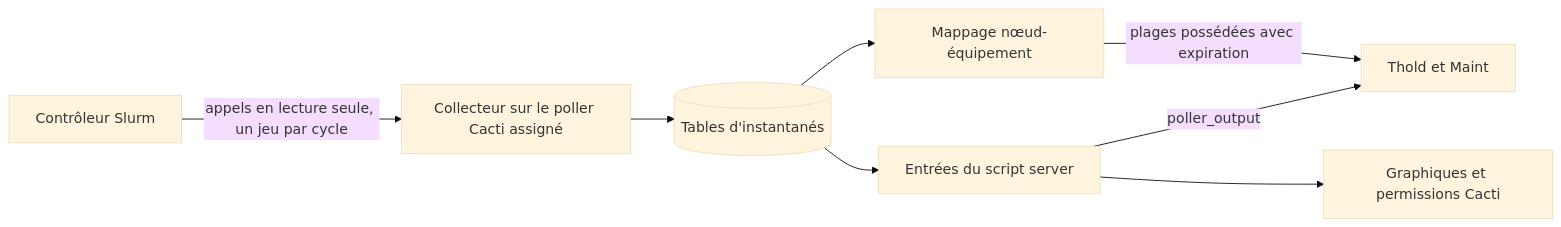
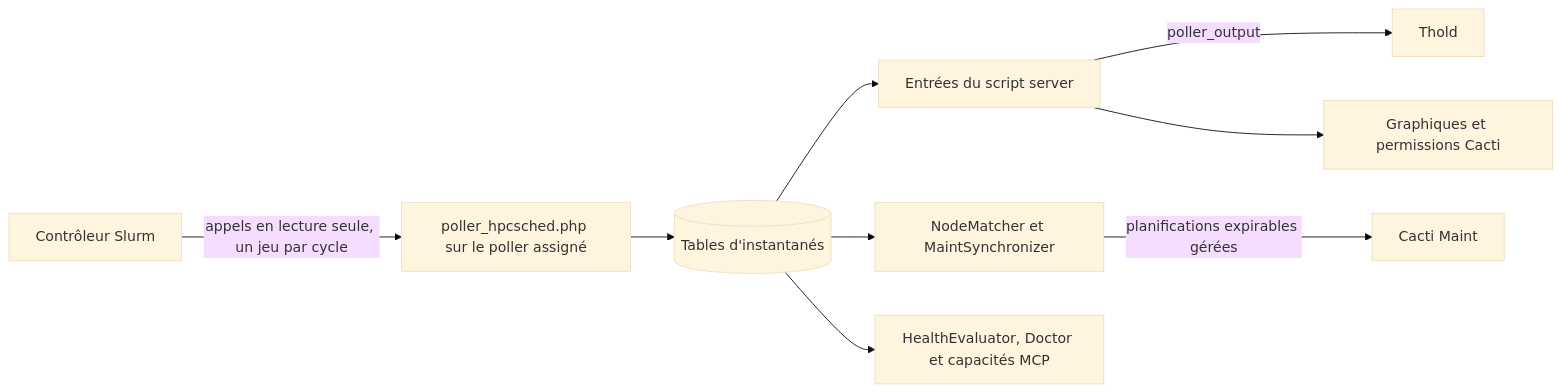
The diagram in docs/i18n/fr-FR/README.md (somethingwithproof/plugin_hpcsched), drawn with Mermaid (base theme) before and after one commit. The commit also changed other lines of this file and 48 other files, not shown here.

````diff
--- a/docs/i18n/fr-FR/README.md
+++ b/docs/i18n/fr-FR/README.md
@@ -109,10 +163,11 @@
 ```mermaid
 flowchart LR
-    S[Contrôleur Slurm] -->|appels en lecture seule, un jeu par cycle| R[Collecteur sur le poller Cacti assigné]
+    S[Contrôleur Slurm] -->|appels en lecture seule, un jeu par cycle| R[poller_hpcsched.php sur le poller assigné]
     R --> SNAP[(Tables d'instantanés)]
     SNAP --> SS[Entrées du script server]
-    SS -->|poller_output| T[Thold et Maint]
+    SS -->|poller_output| T[Thold]
     SS --> G[Graphiques et permissions Cacti]
-    SNAP --> MAP[Mappage nœud-équipement]
-    MAP -->|plages possédées avec expiration| T
+    SNAP --> MAP[NodeMatcher et MaintSynchronizer]
+    MAP -->|planifications expirables gérées| M[Cacti Maint]
+    SNAP --> H[HealthEvaluator, Doctor et capacités MCP]
 ```
````
